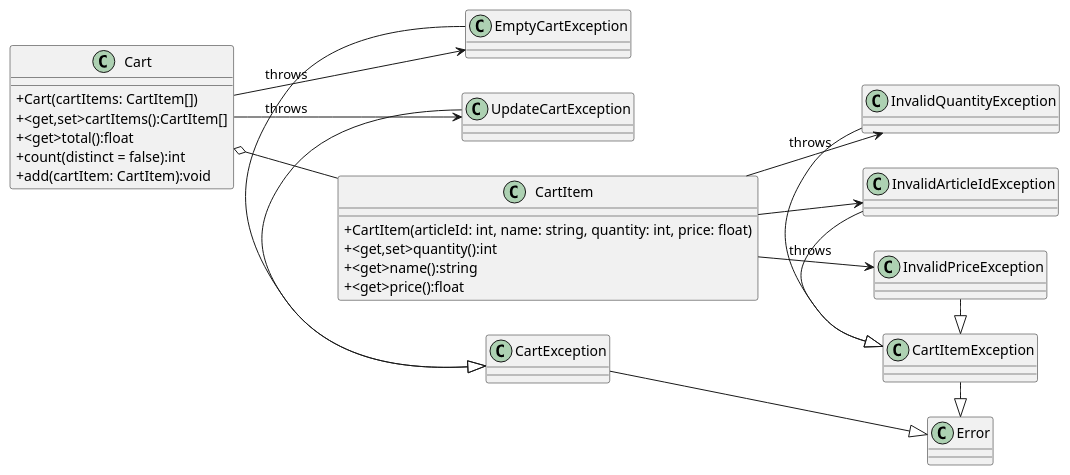
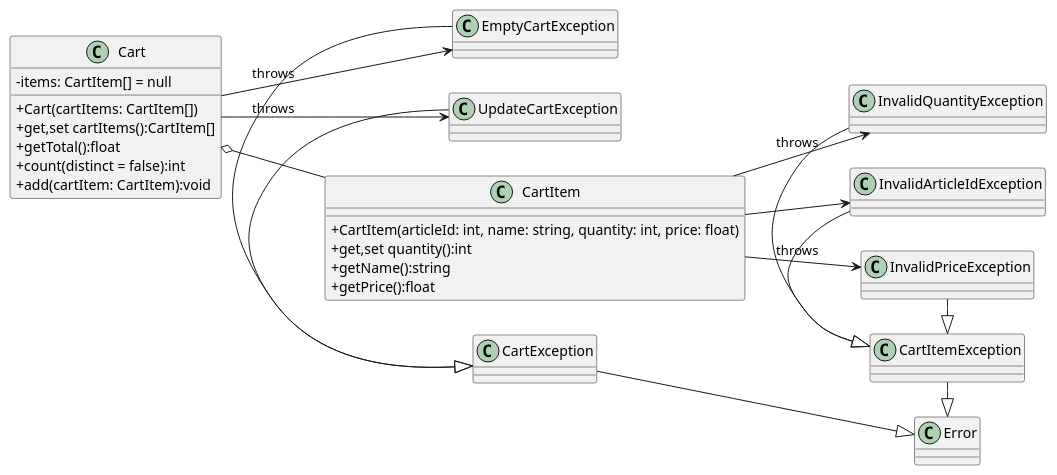
The diagram in docs/diagramClass.wsd (NathanChauveau/Shopping), drawn with PlantUML before and after one commit.

Commit message:
docs: modify some stuff in diagram based on discuss

```diff
--- a/docs/diagramClass.wsd
+++ b/docs/diagramClass.wsd
@@ -1,48 +1,49 @@
 @startuml
 
 left to right direction
 skinparam classAttributeIconSize 0
 
 'Classes declaration
 class CartItem{
    +CartItem(articleId: int, name: string, quantity: int, price: float)
-   +<get,set>quantity():int
-   +<get>name():string
-   +<get>price():float
+   +get,set quantity():int
+   +getName():string
+   +getPrice():float
 }
 class Cart{
+    -items: CartItem[] = null
     +Cart(cartItems: CartItem[])
-    +<get,set>cartItems():CartItem[]
-    +<get>total():float
+    +get,set cartItems():CartItem[]
+    +getTotal():float
     +count(distinct = false):int
     +add(cartItem: CartItem):void
 }
 
 
 class Error{}
 class CartItemException{}
 class InvalidArticleIdException{}
 class InvalidQuantityException{}
 class InvalidPriceException{}
 class EmptyCartException{}
 class UpdateCartException{}
 class CartException{}
 
 'Relations
 CartItem --> InvalidArticleIdException
 CartItem --> InvalidQuantityException : throws
 CartItem --> InvalidPriceException : throws
 Cart --> EmptyCartException : throws
 Cart --> UpdateCartException : throws
 Cart o-- CartItem
 
 'Exception inheritance
 InvalidArticleIdException -|> CartItemException
 InvalidPriceException -|> CartItemException
 InvalidQuantityException -|> CartItemException
 CartItemException -|> Error
 EmptyCartException -|> CartException
 UpdateCartException -|> CartException
 CartException -|> Error
 
 @enduml
```
